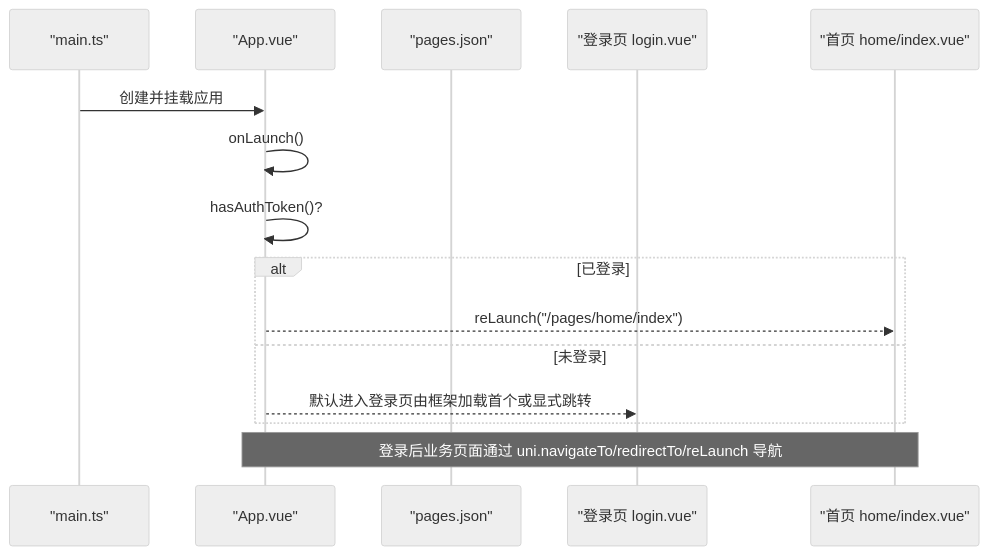
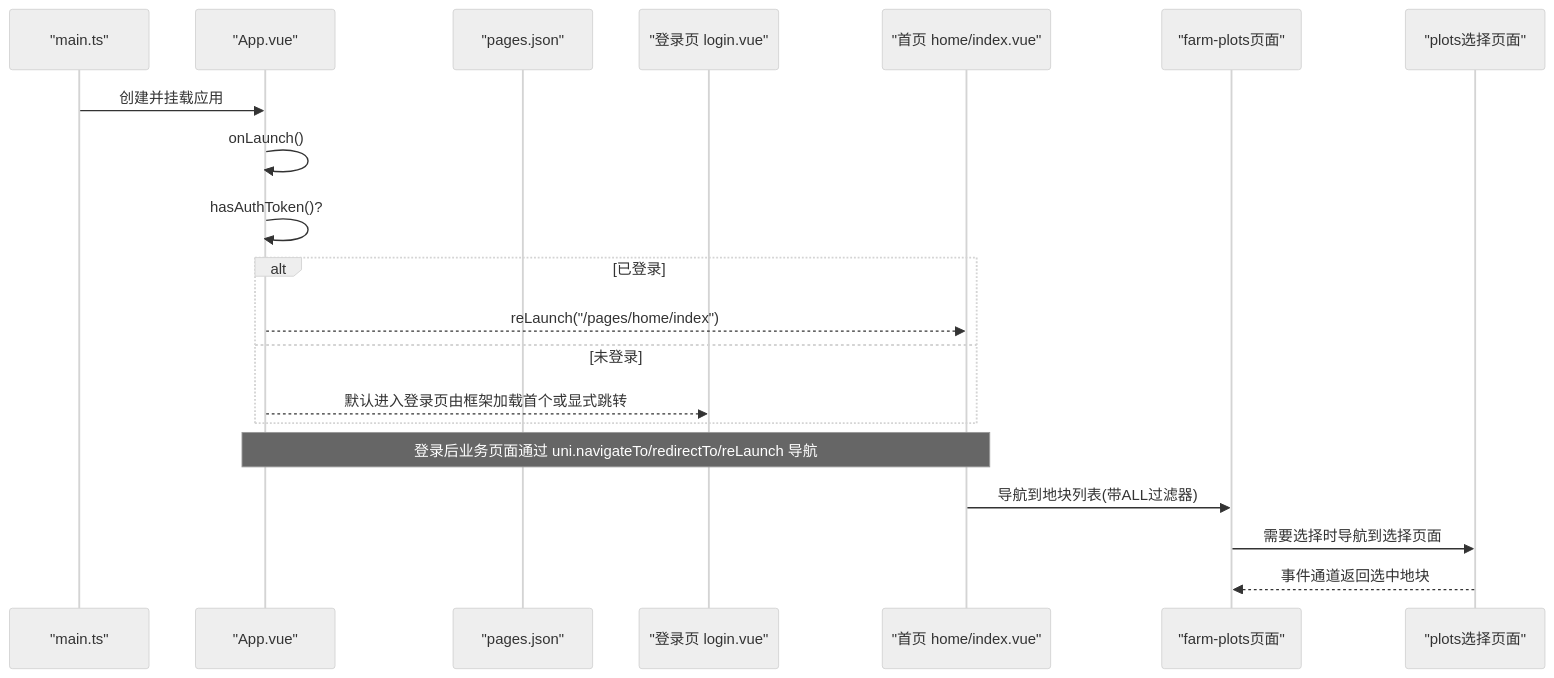
Before and after one commit to wungjyan/pocket-farm: the second of 7 diagrams in .qoder/repowiki/zh/content/系统架构/前端架构/路由导航.md, drawn with Mermaid (neutral theme). The commit also changed other lines of this file and 198 other files, not shown here.

````diff
--- a/.qoder/repowiki/zh/content/系统架构/前端架构/路由导航.md
+++ b/.qoder/repowiki/zh/content/系统架构/前端架构/路由导航.md
@@ -72,17 +92,22 @@
 ```mermaid
 sequenceDiagram
 participant M as "main.ts"
 participant A as "App.vue"
 participant P as "pages.json"
 participant L as "登录页 login.vue"
 participant H as "首页 home/index.vue"
+participant FP as "farm-plots页面"
+participant PS as "plots选择页面"
 M->>A : 创建并挂载应用
 A->>A : onLaunch()
 A->>A : hasAuthToken()?
 alt 已登录
 A-->>H : reLaunch("/pages/home/index")
 else 未登录
 A-->>L : 默认进入登录页由框架加载首个或显式跳转
 end
 Note over A,H : 登录后业务页面通过 uni.navigateTo/redirectTo/reLaunch 导航
+H->>FP : 导航到地块列表(带ALL过滤器)
+FP->>PS : 需要选择时导航到选择页面
+PS-->>FP : 事件通道返回选中地块
 ```
````
